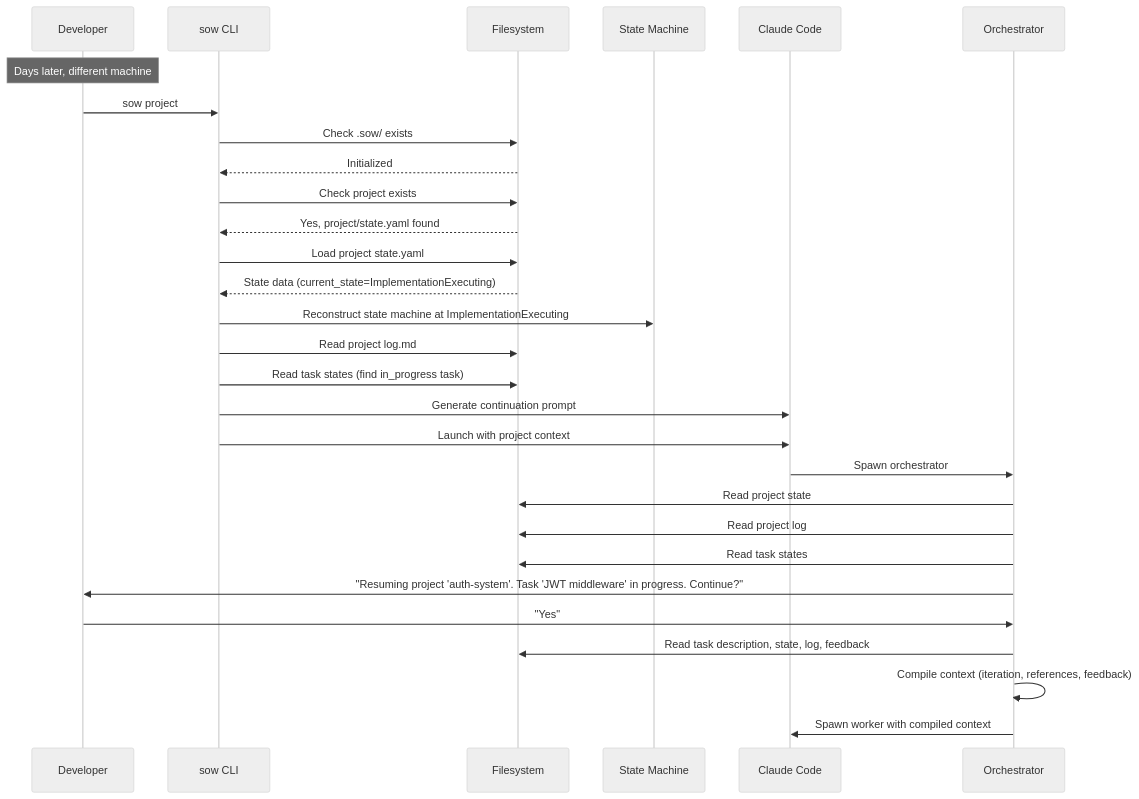
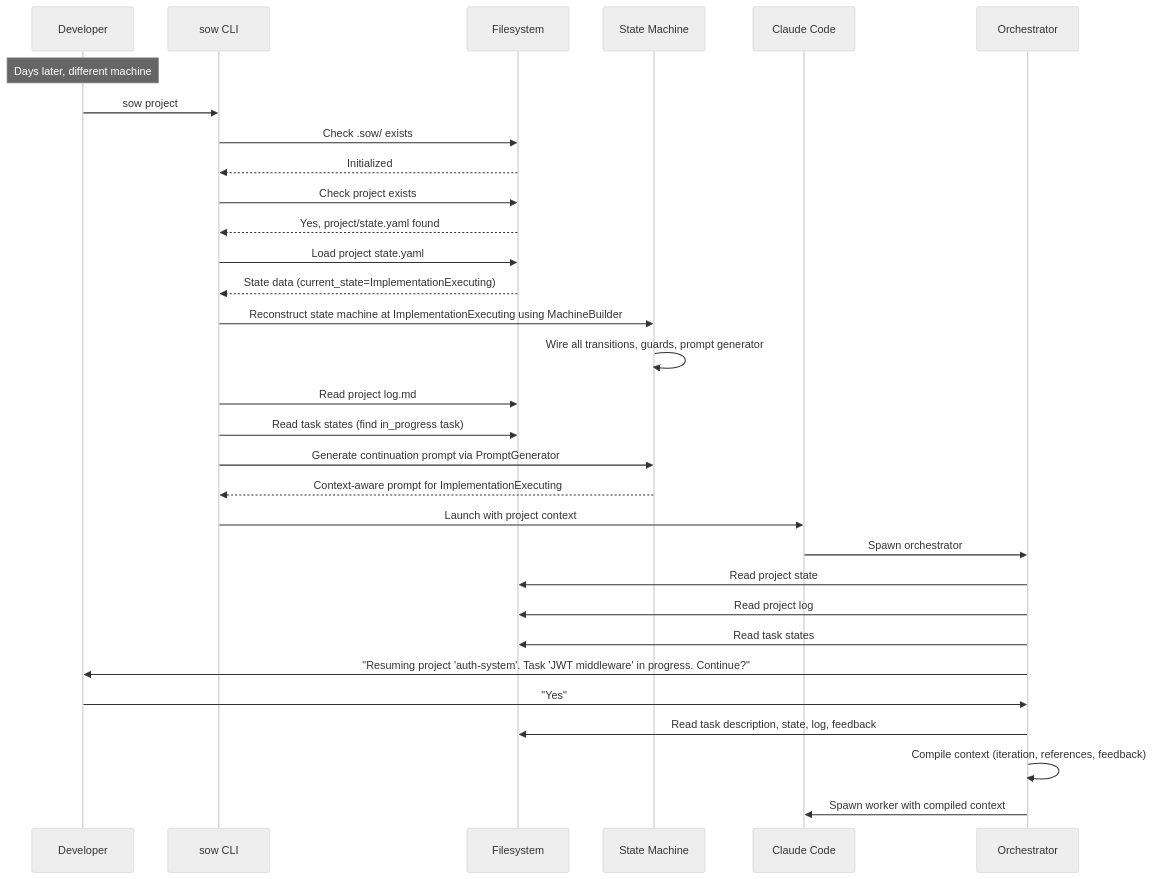
One commit to jmgilman/sow changed the fifth of 6 diagrams in docs/architecture/06-runtime-view.md. Above: the diagram before and after it, drawn with Mermaid (neutral theme). The commit also changed other lines of this file and 62 other files, not shown here.

````diff
--- a/docs/architecture/06-runtime-view.md
+++ b/docs/architecture/06-runtime-view.md
@@ -258,33 +298,35 @@
 ```mermaid
 sequenceDiagram
     participant Dev as Developer
     participant CLI as sow CLI
     participant FS as Filesystem
     participant SM as State Machine
     participant Claude as Claude Code
     participant Orch as Orchestrator
 
     Note over Dev: Days later, different machine
 
     Dev->>CLI: sow project
     CLI->>FS: Check .sow/ exists
     FS-->>CLI: Initialized
     CLI->>FS: Check project exists
     FS-->>CLI: Yes, project/state.yaml found
     CLI->>FS: Load project state.yaml
     FS-->>CLI: State data (current_state=ImplementationExecuting)
-    CLI->>SM: Reconstruct state machine at ImplementationExecuting
+    CLI->>SM: Reconstruct state machine at ImplementationExecuting using MachineBuilder
+    SM->>SM: Wire all transitions, guards, prompt generator
     CLI->>FS: Read project log.md
     CLI->>FS: Read task states (find in_progress task)
-    CLI->>Claude: Generate continuation prompt
+    CLI->>SM: Generate continuation prompt via PromptGenerator
+    SM-->>CLI: Context-aware prompt for ImplementationExecuting
     CLI->>Claude: Launch with project context
     Claude->>Orch: Spawn orchestrator
     Orch->>FS: Read project state
     Orch->>FS: Read project log
     Orch->>FS: Read task states
     Orch->>Dev: "Resuming project 'auth-system'. Task 'JWT middleware' in progress. Continue?"
     Dev->>Orch: "Yes"
     Orch->>FS: Read task description, state, log, feedback
     Orch->>Orch: Compile context (iteration, references, feedback)
     Orch->>Claude: Spawn worker with compiled context
 ```
````
